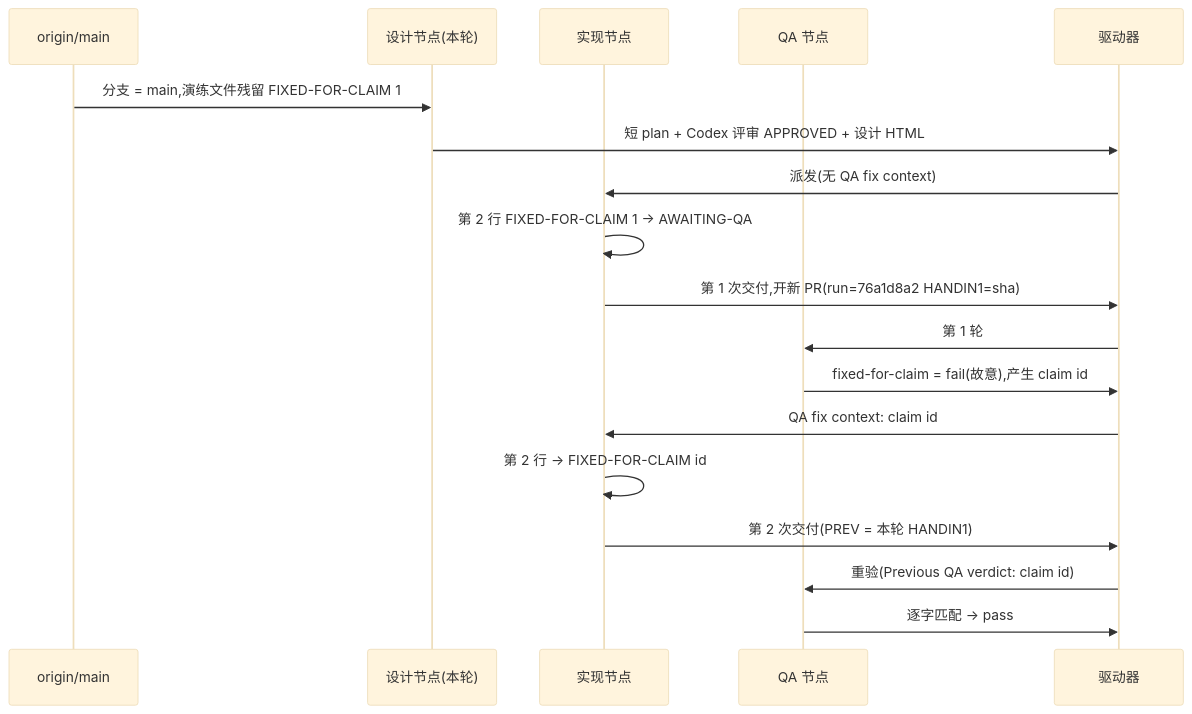
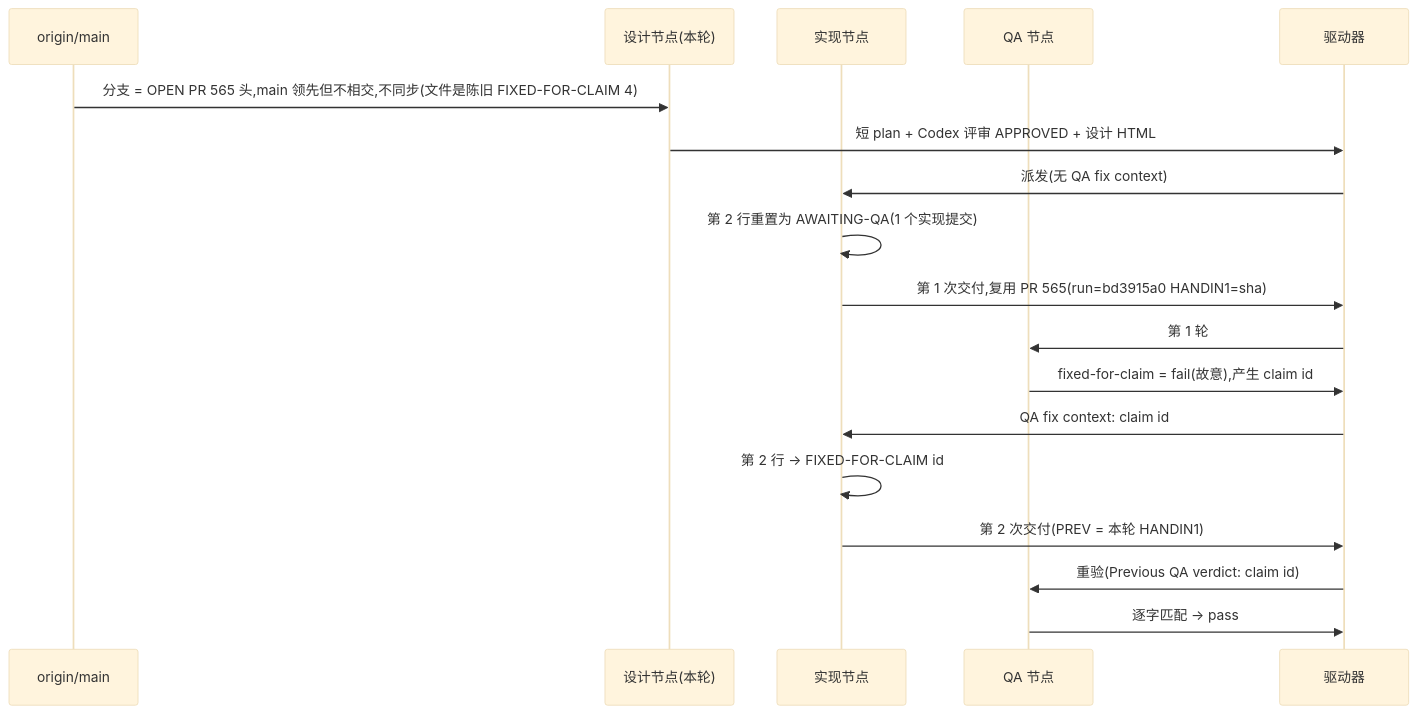
One commit to xrliAnnie/flywheel-qa-sandbox changed the diagram in engineering/doc/FLY-3150-real-runner-drill/d1-core-flow.mmd. Above: the diagram before and after it, drawn with Mermaid (base theme). The commit also changed 5 other files, not shown here.

```diff
--- a/engineering/doc/FLY-3150-real-runner-drill/d1-core-flow.mmd
+++ b/engineering/doc/FLY-3150-real-runner-drill/d1-core-flow.mmd
@@ -1,18 +1,18 @@
 sequenceDiagram
     participant M as origin/main
     participant S as 设计节点(本轮)
     participant I as 实现节点
     participant Q as QA 节点
     participant D as 驱动器
-    M->>S: 分支 = main,演练文件残留 FIXED-FOR-CLAIM 1
+    M->>S: 分支 = OPEN PR 565 头,main 领先但不相交,不同步(文件是陈旧 FIXED-FOR-CLAIM 4)
     S->>D: 短 plan + Codex 评审 APPROVED + 设计 HTML
     D->>I: 派发(无 QA fix context)
-    I->>I: 第 2 行 FIXED-FOR-CLAIM 1 → AWAITING-QA
-    I->>D: 第 1 次交付,开新 PR(run=76a1d8a2 HANDIN1=sha)
+    I->>I: 第 2 行重置为 AWAITING-QA(1 个实现提交)
+    I->>D: 第 1 次交付,复用 PR 565(run=bd3915a0 HANDIN1=sha)
     D->>Q: 第 1 轮
     Q->>D: fixed-for-claim = fail(故意),产生 claim id
     D->>I: QA fix context: claim id
     I->>I: 第 2 行 → FIXED-FOR-CLAIM id
     I->>D: 第 2 次交付(PREV = 本轮 HANDIN1)
     D->>Q: 重验(Previous QA verdict: claim id)
     Q->>D: 逐字匹配 → pass
```
